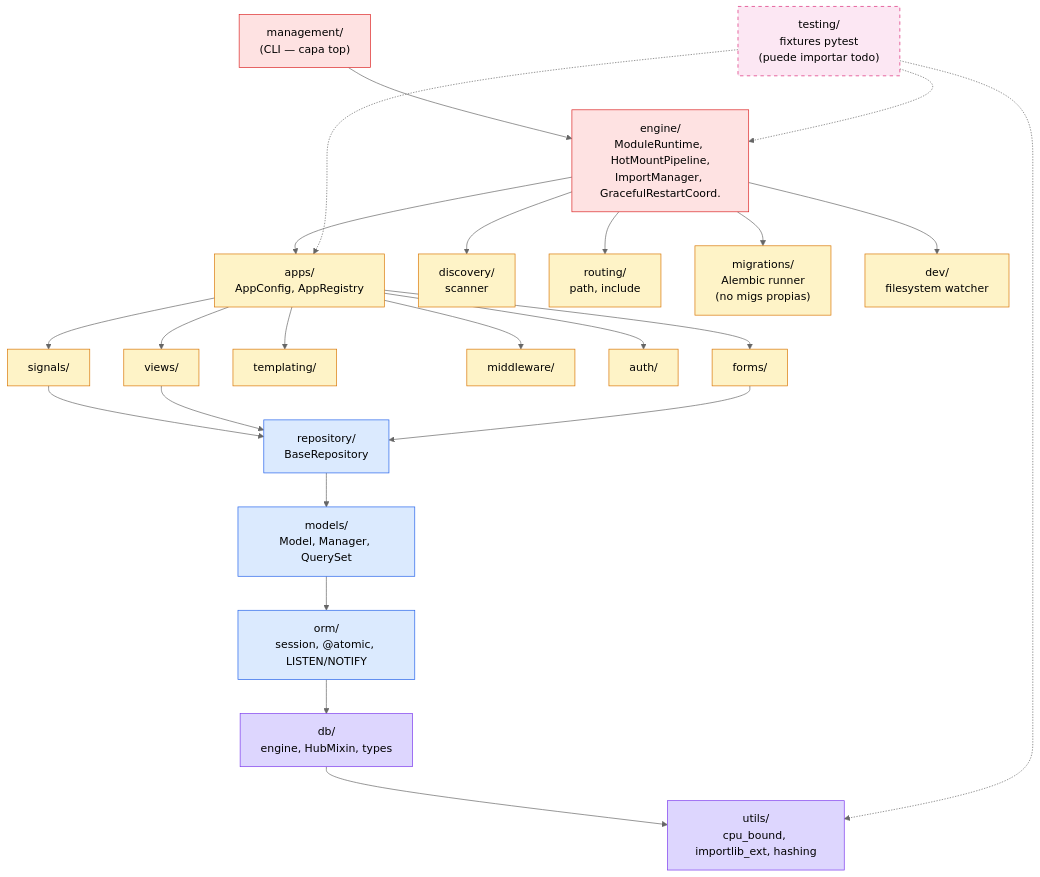
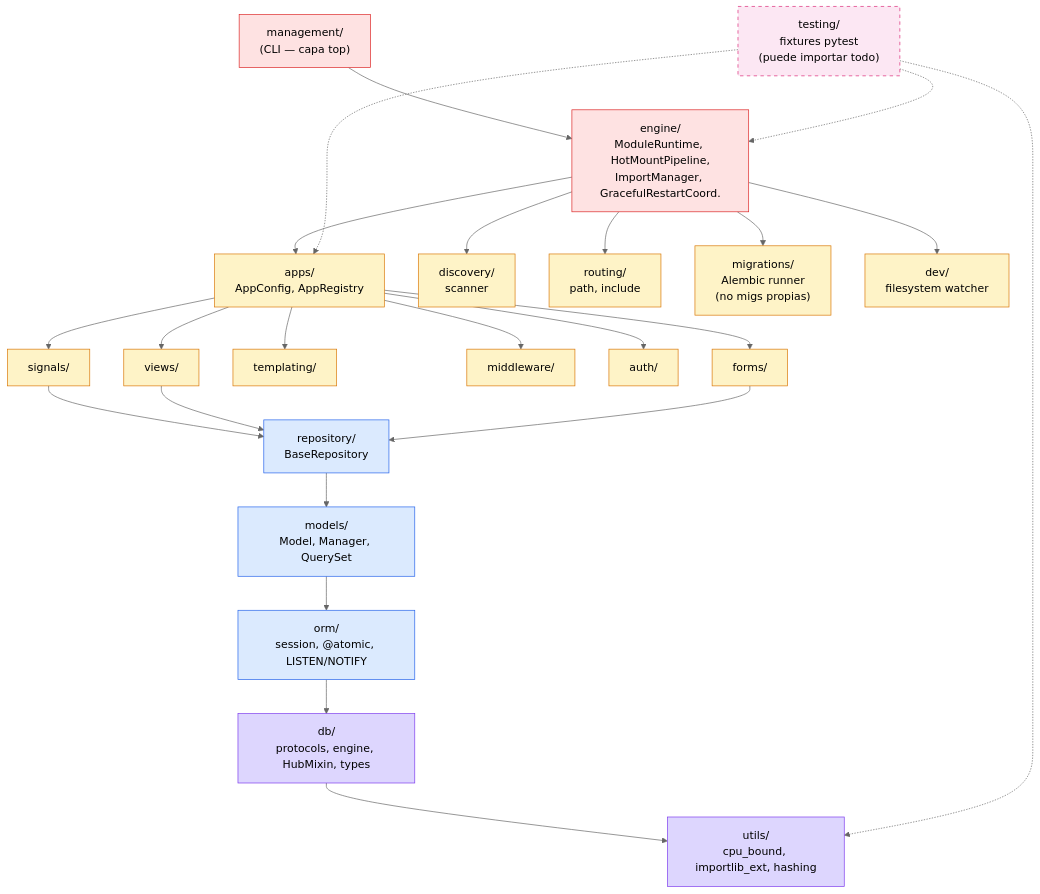
One commit to ERPlora/hotframe changed the third of 8 diagrams in docs/ARCHITECTURE.md. Above: the diagram before and after it, drawn with Mermaid (neutral theme). The commit also changed other lines of this file, not shown here.

First line of the commit message:
docs: document DB persistence protocols in ARCHITECTURE.md

````diff
--- a/docs/ARCHITECTURE.md
+++ b/docs/ARCHITECTURE.md
@@ -279,65 +279,65 @@
 ```mermaid
 flowchart TB
     MANAGEMENT["management/<br/>(CLI — capa top)"]
     ENGINE["engine/<br/>ModuleRuntime, HotMountPipeline,<br/>ImportManager, GracefulRestartCoord."]
 
     APPS_SUB["apps/<br/>AppConfig, AppRegistry"]
     DISCOVERY_SUB["discovery/<br/>scanner"]
     ROUTING["routing/<br/>path, include"]
     MIGRATIONS["migrations/<br/>Alembic runner<br/>(no migs propias)"]
     DEV["dev/<br/>filesystem watcher"]
 
     SIGNALS["signals/"]
     VIEWS["views/"]
     TEMPLATING["templating/"]
     MIDDLEWARE["middleware/"]
     AUTH["auth/"]
     FORMS["forms/"]
 
     REPOSITORY["repository/<br/>BaseRepository"]
     MODELS["models/<br/>Model, Manager, QuerySet"]
     ORM["orm/<br/>session, @atomic, LISTEN/NOTIFY"]
-    DB["db/<br/>engine, HubMixin, types"]
+    DB["db/<br/>protocols, engine, HubMixin, types"]
     UTILS["utils/<br/>cpu_bound, importlib_ext, hashing"]
 
     TESTING["testing/<br/>fixtures pytest<br/>(puede importar todo)"]
 
     MANAGEMENT --> ENGINE
     ENGINE --> APPS_SUB
     ENGINE --> DISCOVERY_SUB
     ENGINE --> ROUTING
     ENGINE --> MIGRATIONS
     ENGINE --> DEV
 
     APPS_SUB --> SIGNALS
     APPS_SUB --> VIEWS
     APPS_SUB --> TEMPLATING
     APPS_SUB --> MIDDLEWARE
     APPS_SUB --> AUTH
     APPS_SUB --> FORMS
 
     SIGNALS --> REPOSITORY
     VIEWS --> REPOSITORY
     FORMS --> REPOSITORY
 
     REPOSITORY --> MODELS
     MODELS --> ORM
     ORM --> DB
     DB --> UTILS
 
     TESTING -.-> UTILS
     TESTING -.-> ENGINE
     TESTING -.-> APPS_SUB
 
     classDef top fill:#fee2e2,stroke:#dc2626
     classDef mid fill:#fef3c7,stroke:#d97706
     classDef low fill:#dbeafe,stroke:#2563eb
     classDef base fill:#ddd6fe,stroke:#7c3aed
     classDef test fill:#fce7f3,stroke:#db2777,stroke-dasharray:5 5
 
     class MANAGEMENT,ENGINE top
     class APPS_SUB,DISCOVERY_SUB,ROUTING,MIGRATIONS,DEV,SIGNALS,VIEWS,TEMPLATING,MIDDLEWARE,AUTH,FORMS mid
     class REPOSITORY,MODELS,ORM low
     class DB,UTILS base
     class TESTING test
 ```
````
